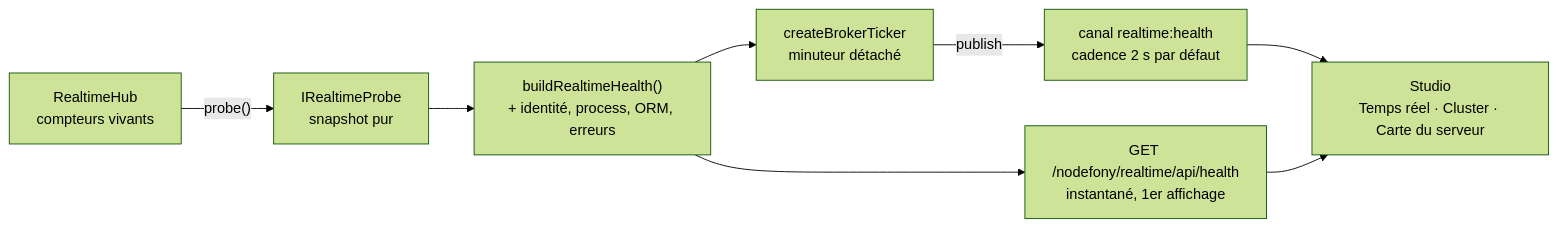
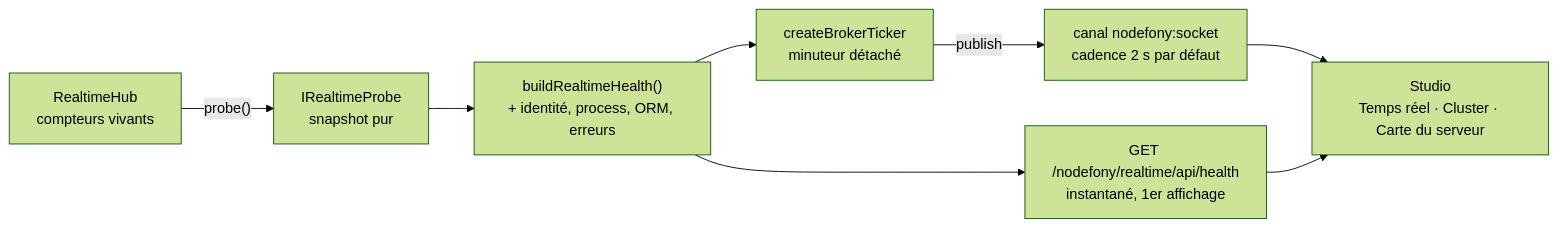
One commit to nodefony/nodefony-core changed the diagram in src/packages/@nodefony/realtime/docs/observabilite.md. Above: the diagram before and after it, drawn with Mermaid (forest theme). The commit also changed other lines of this file and 151 other files, not shown here.

````diff
--- a/src/packages/@nodefony/realtime/docs/observabilite.md
+++ b/src/packages/@nodefony/realtime/docs/observabilite.md
@@ -41,10 +41,10 @@
 ```mermaid
 flowchart LR
   HUB["RealtimeHub<br/>compteurs vivants"] -->|"probe()"| PROBE["IRealtimeProbe<br/>snapshot pur"]
   PROBE --> BUILD["buildRealtimeHealth()<br/>+ identité, process, ORM, erreurs"]
   BUILD --> HTTP["GET /nodefony/realtime/api/health<br/>instantané, 1er affichage"]
   BUILD --> TICK["createBrokerTicker<br/>minuteur détaché"]
-  TICK -->|"publish"| CH["canal realtime:health<br/>cadence 2 s par défaut"]
+  TICK -->|"publish"| CH["canal nodefony:socket<br/>cadence 2 s par défaut"]
   CH --> UI["Studio<br/>Temps réel · Cluster · Carte du serveur"]
   HTTP --> UI
 ```
````
